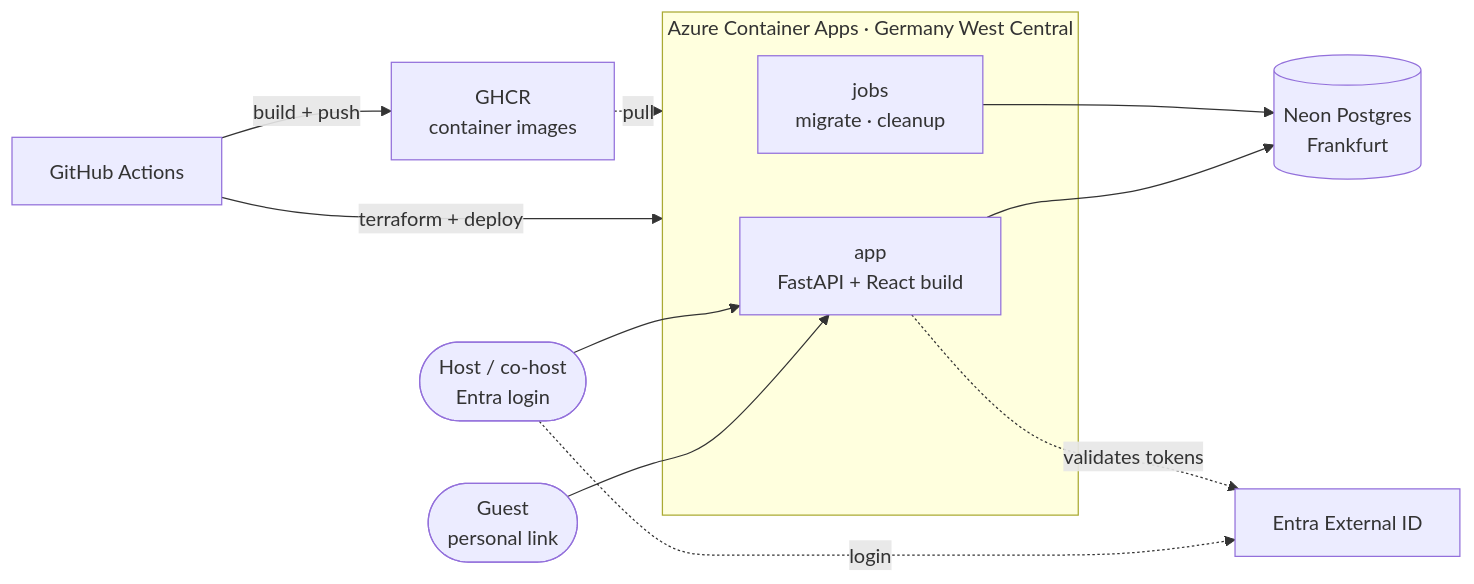
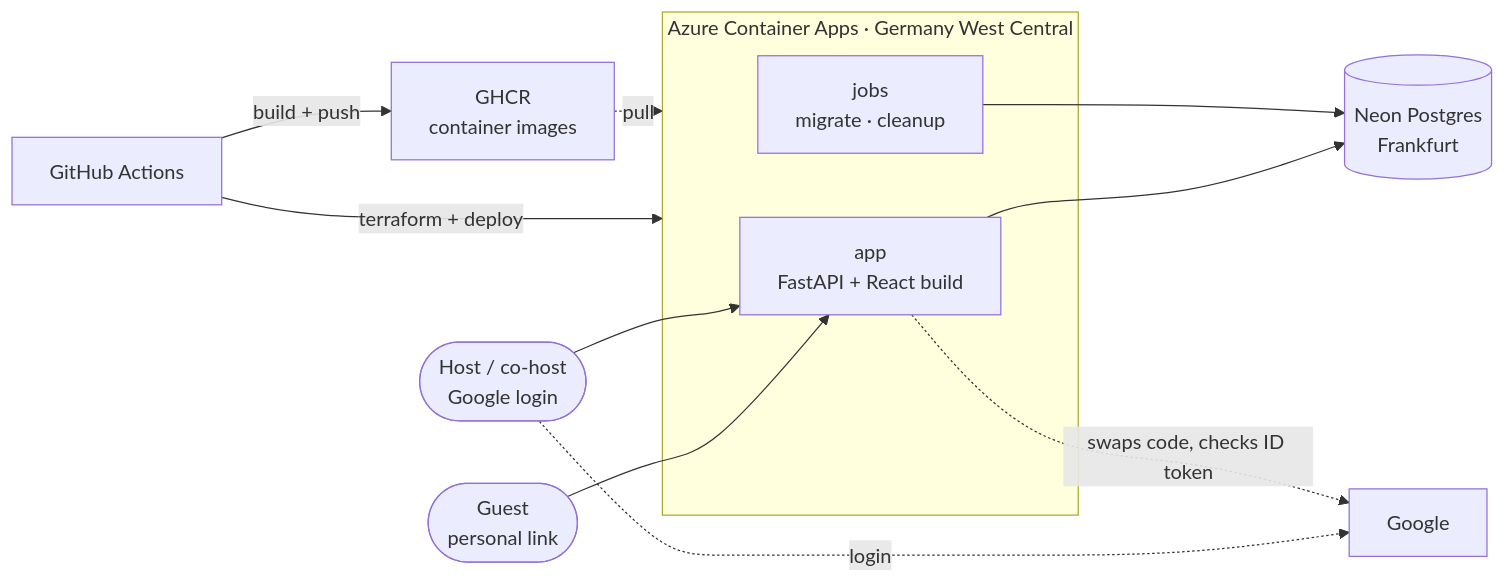
Before and after one commit to MalteSchul/guestlist: the diagram in docs/architecture.md, drawn with Mermaid. The commit also changed other lines of this file and 27 other files, not shown here.

First line of the commit message:
Host login with Google and our own session cookie (A28) (#41)

````diff
--- a/docs/architecture.md
+++ b/docs/architecture.md
@@ -12,25 +12,25 @@
 ```mermaid
 flowchart LR
     guest([Guest<br/>personal link])
-    host([Host / co-host<br/>Entra login])
+    host([Host / co-host<br/>Google login])
 
     subgraph azure[Azure Container Apps · Germany West Central]
         app[app<br/>FastAPI + React build]
         jobs[jobs<br/>migrate · cleanup]
     end
 
-    entra[Entra External ID]
+    google[Google]
     db[(Neon Postgres<br/>Frankfurt)]
     ghcr[GHCR<br/>container images]
     gha[GitHub Actions]
 
     guest --> app
     host --> app
-    host -. login .-> entra
+    host -. login .-> google
     app --> db
     jobs --> db
-    app -. validates tokens .-> entra
+    app -. swaps code, checks ID token .-> google
     gha -- build + push --> ghcr
     gha -- terraform + deploy --> azure
     ghcr -. pull .-> azure
 ```
````
